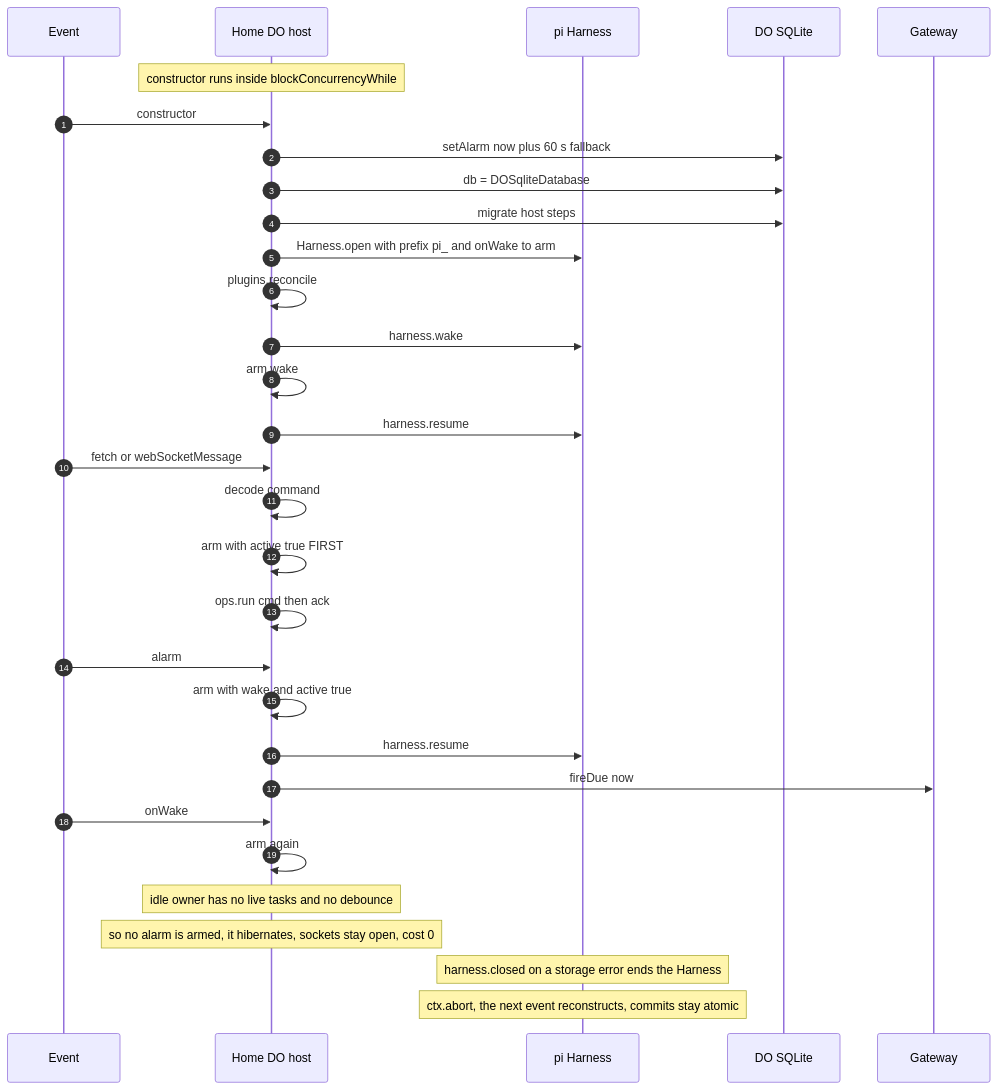
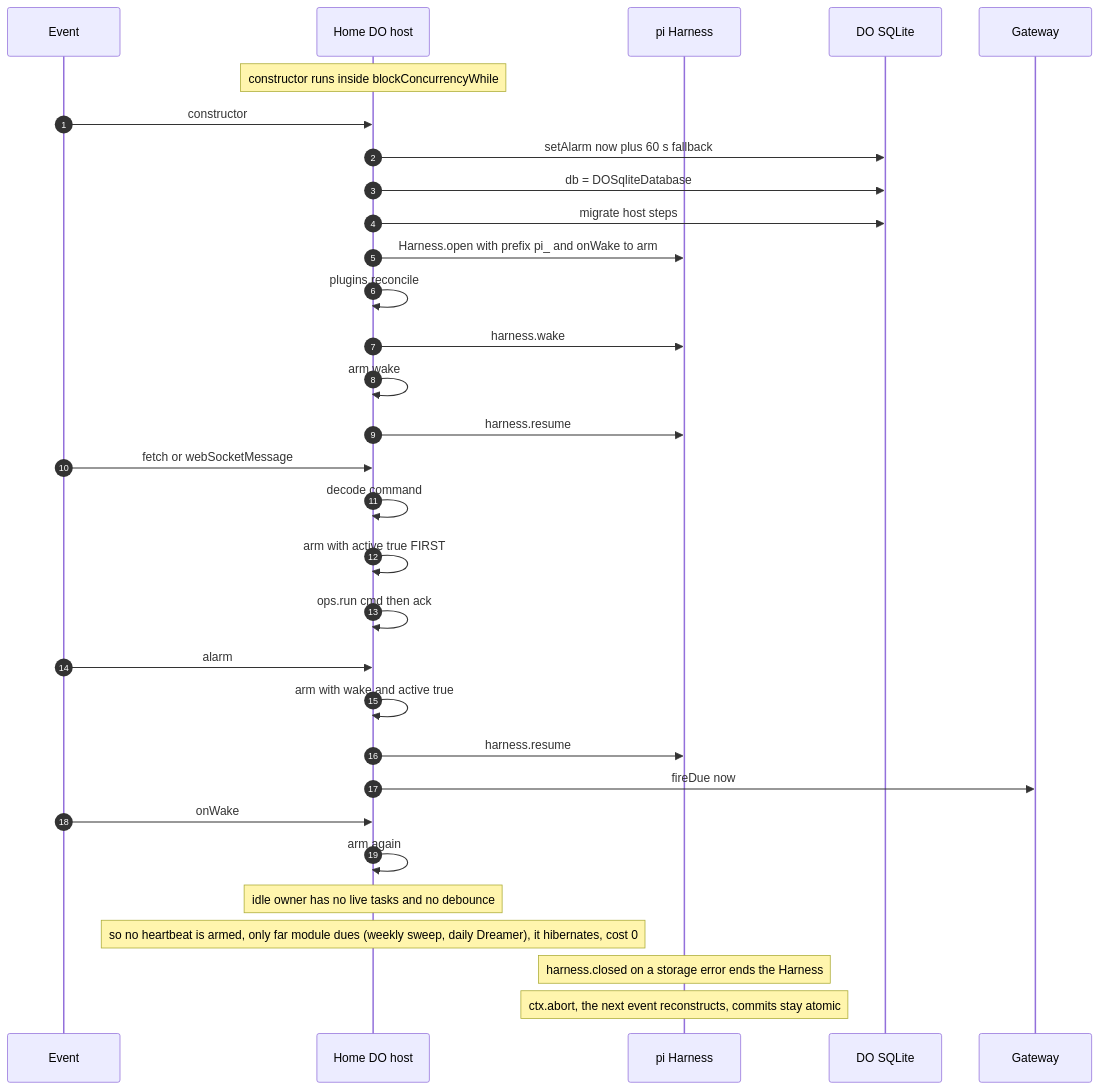
Before and after one commit to keyurbodar/xin: the diagram in docs/plan/architecture/01-host.md, drawn with Mermaid. The commit also changed other lines of this file and 23 other files, not shown here.

````diff
--- a/docs/plan/architecture/01-host.md
+++ b/docs/plan/architecture/01-host.md
@@ -9,38 +9,38 @@
 ```mermaid
 sequenceDiagram
   autonumber
   participant E as Event
   participant H as Home DO host
   participant P as pi Harness
   participant D as DO SQLite
   participant G as Gateway
 
   Note over H: constructor runs inside blockConcurrencyWhile
   E->>H: constructor
   H->>D: setAlarm now plus 60 s fallback
   H->>D: db = DOSqliteDatabase
   H->>D: migrate host steps
   H->>P: Harness.open with prefix pi_ and onWake to arm
   H->>H: plugins.reconcile
   H->>P: harness.wake
   H->>H: arm wake
   H->>P: harness.resume
 
   E->>H: fetch or webSocketMessage
   H->>H: decode command
   H->>H: arm with active true FIRST
   H->>H: ops.run cmd then ack
 
   E->>H: alarm
   H->>H: arm with wake and active true
   H->>P: harness.resume
   H->>G: fireDue now
 
   E->>H: onWake
   H->>H: arm again
 
   Note over H: idle owner has no live tasks and no debounce
-  Note over H: so no alarm is armed, it hibernates, sockets stay open, cost 0
+  Note over H: so no heartbeat is armed, only far module dues (weekly sweep, daily Dreamer), it hibernates, cost 0
   Note over P: harness.closed on a storage error ends the Harness
   Note over P: ctx.abort, the next event reconstructs, commits stay atomic
 ```
````
